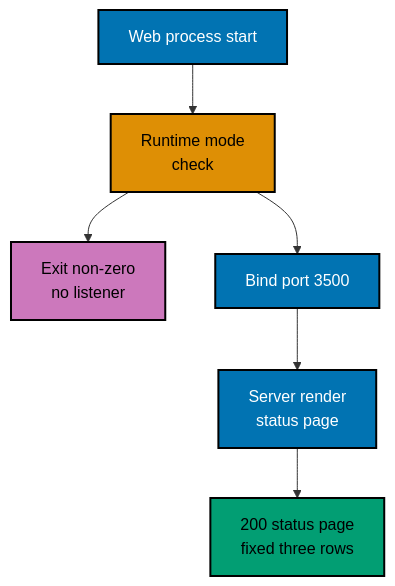
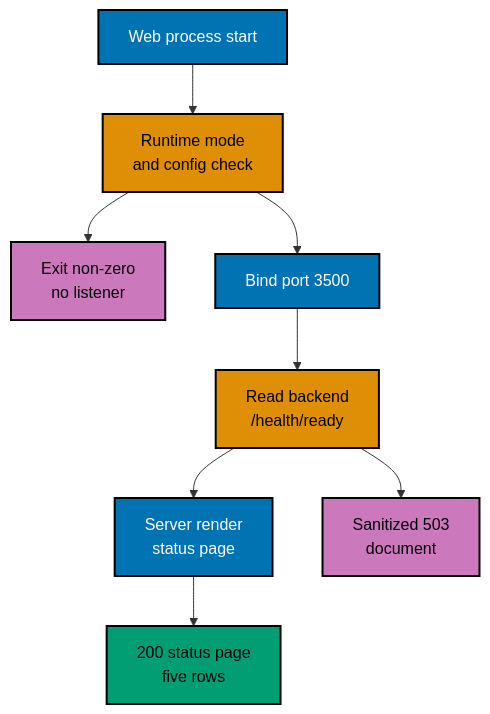
Before and after one commit to wahidyankf/ose-public: the diagram in specs/apps/ose/id-web/architecture/runtime-guard-and-status-reporting.md, drawn with Mermaid. The commit also changed other lines of this file and 65 other files, not shown here.

````diff
--- a/specs/apps/ose/id-web/architecture/runtime-guard-and-status-reporting.md
+++ b/specs/apps/ose/id-web/architecture/runtime-guard-and-status-reporting.md
@@ -24,19 +26,21 @@
 ```mermaid
 flowchart TD
   accTitle: Web status shell request path
-  accDescr: The web process validates its runtime mode before binding port 3500, then server renders the fixed foundation status page.
-  START["Web process start"] --> MODE["Runtime mode<br/>check"]
+  accDescr: The web process validates its runtime mode before binding port 3500. Each request reads backend readiness server-side; a readable answer renders the status page with 200, and an unreadable one returns the sanitized 503 document.
+  START["Web process start"] --> MODE["Runtime mode<br/>and config check"]
   MODE --> STOP["Exit non-zero<br/>no listener"]
   MODE --> BIND["Bind port 3500"]
-  BIND --> RENDER["Server render<br/>status page"]
-  RENDER --> OK["200 status page<br/>fixed three rows"]
+  BIND --> READ["Read backend<br/>/health/ready"]
+  READ --> RENDER["Server render<br/>status page"]
+  READ --> FAIL["Sanitized 503<br/>document"]
+  RENDER --> OK["200 status page<br/>five rows"]
 
   classDef step fill:#0173B2,stroke:#000000,color:#FFFFFF,stroke-width:2px
   classDef gate fill:#DE8F05,stroke:#000000,color:#000000,stroke-width:2px
   classDef good fill:#029E73,stroke:#000000,color:#000000,stroke-width:2px
   classDef bad fill:#CC78BC,stroke:#000000,color:#000000,stroke-width:2px
   class START,BIND,RENDER step
-  class MODE gate
+  class MODE,READ gate
   class OK good
-  class STOP bad
+  class STOP,FAIL bad
 ```
````
